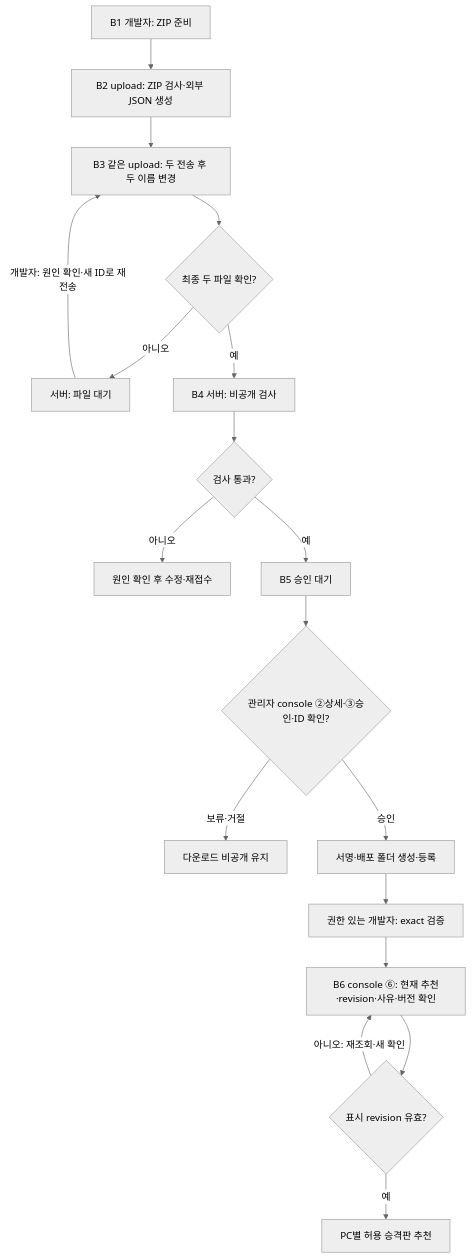
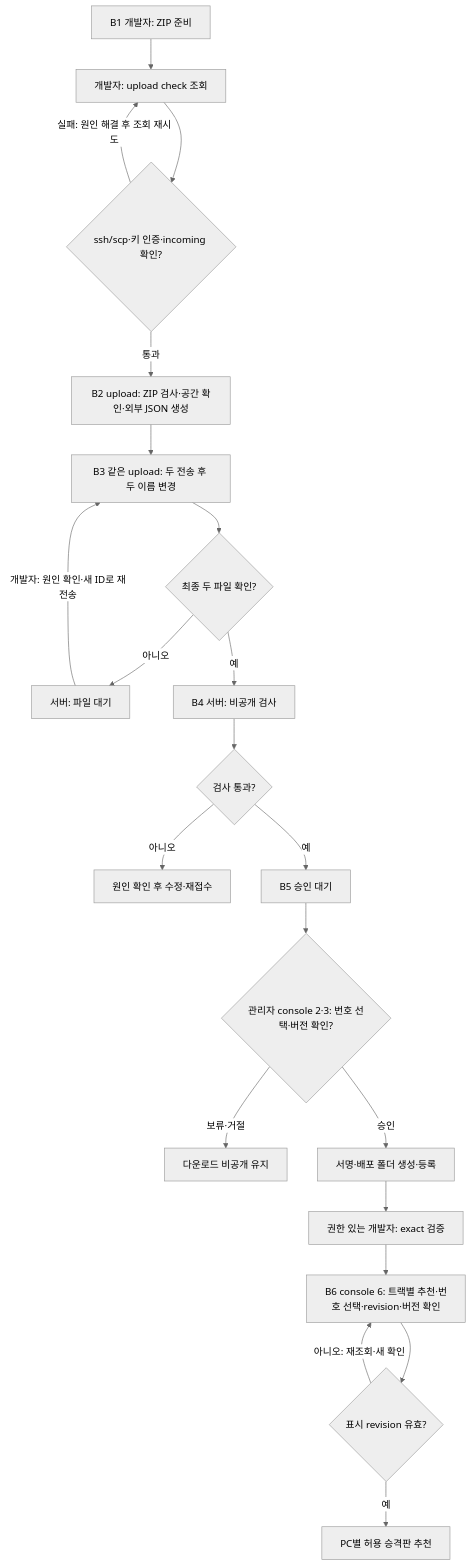
The second of 3 diagrams in docs/reference/feature-workflow.md (YonghoKwon/UE-DT-LAUNCHER), drawn with Mermaid (neutral theme) before and after one commit. The commit also changed other lines of this file and 15 other files, not shown here.

````diff
--- a/docs/reference/feature-workflow.md
+++ b/docs/reference/feature-workflow.md
@@ -212,20 +212,23 @@
 ```mermaid
 flowchart TD
-    package["B1 개발자: ZIP 준비"] --> metadata["B2 upload: ZIP 검사·외부 JSON 생성"]
+    package["B1 개발자: ZIP 준비"] --> preflight["개발자: upload check 조회"]
+    preflight --> checked{"ssh/scp·키 인증·incoming 확인?"}
+    checked -->|"실패: 원인 해결 후 조회 재시도"| preflight
+    checked -->|"통과"| metadata["B2 upload: ZIP 검사·공간 확인·외부 JSON 생성"]
     metadata --> upload["B3 같은 upload: 두 전송 후 두 이름 변경"]
     upload --> paired{"최종 두 파일 확인?"}
     paired -->|"아니오"| waiting["서버: 파일 대기"]
     waiting -->|"개발자: 원인 확인·새 ID로 재전송"| upload
     paired -->|"예"| validate["B4 서버: 비공개 검사"]
     validate --> valid{"검사 통과?"}
     valid -->|"아니오"| fix["원인 확인 후 수정·재접수"]
     valid -->|"예"| pending["B5 승인 대기"]
-    pending --> approved{"관리자 console ②상세·③승인·ID 확인?"}
+    pending --> approved{"관리자 console 2·3: 번호 선택·버전 확인?"}
     approved -->|"보류·거절"| private["다운로드 비공개 유지"]
     approved -->|"승인"| publish["서명·배포 폴더 생성·등록"]
     publish --> developer["권한 있는 개발자: exact 검증"]
-    developer --> promote["B6 console ⑥: 현재 추천·revision·사유·버전 확인"]
+    developer --> promote["B6 console 6: 트랙별 추천·번호 선택·revision·버전 확인"]
     promote --> revision{"표시 revision 유효?"}
     revision -->|"예"| visible["PC별 허용 승격판 추천"]
     revision -->|"아니오: 재조회·새 확인"| promote
 ```
````
